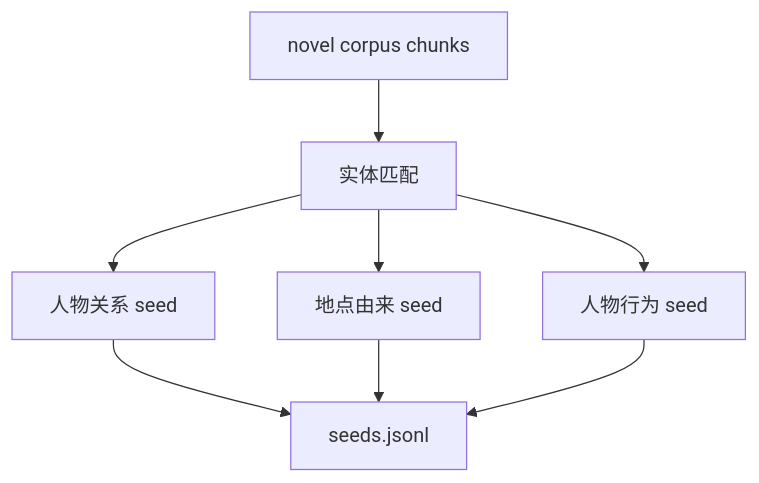
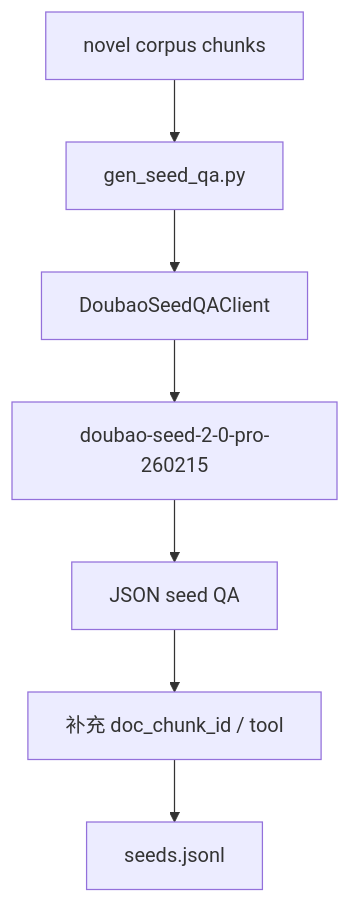
One commit to Lafinger/AgenticRAG-RL changed the fifth of 16 diagrams in demo/README.md. Above: the diagram before and after it, drawn with Mermaid. The commit also changed other lines of this file and 6 other files, not shown here.

Commit message:
修改 Seed QA 的生成逻辑，改为：通过豆包大模型 doubao-seed-2-0-pro-260215 生成

````diff
--- a/demo/README.md
+++ b/demo/README.md
@@ -237,10 +238,9 @@
 ```mermaid
 flowchart TD
-    A["novel corpus chunks"] --> B["实体匹配"]
-    B --> C["人物关系 seed"]
-    B --> D["地点由来 seed"]
-    B --> E["人物行为 seed"]
-    C --> F["seeds.jsonl"]
-    D --> F
-    E --> F
+    A["novel corpus chunks"] --> B["gen_seed_qa.py"]
+    B --> C["DoubaoSeedQAClient"]
+    C --> D["doubao-seed-2-0-pro-260215"]
+    D --> E["JSON seed QA"]
+    E --> F["补充 doc_chunk_id / tool"]
+    F --> G["seeds.jsonl"]
 ```
````
